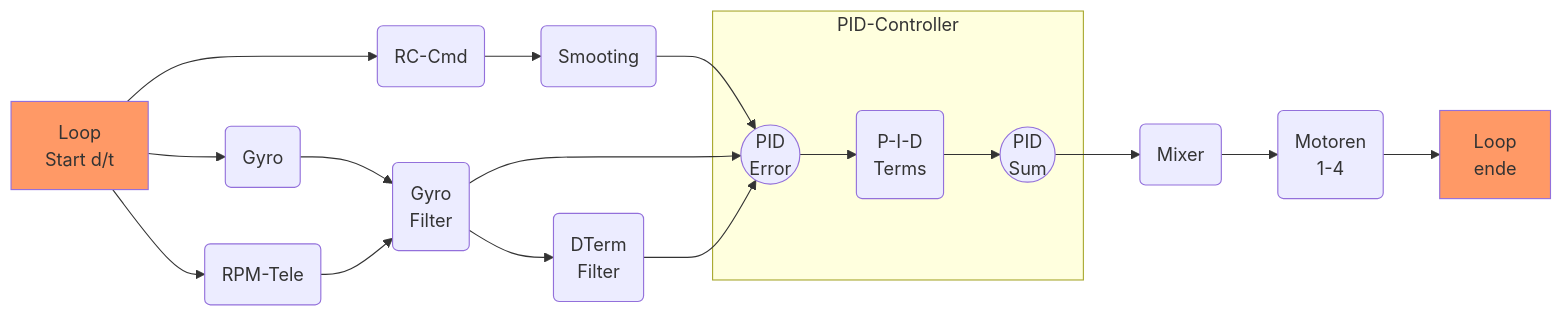
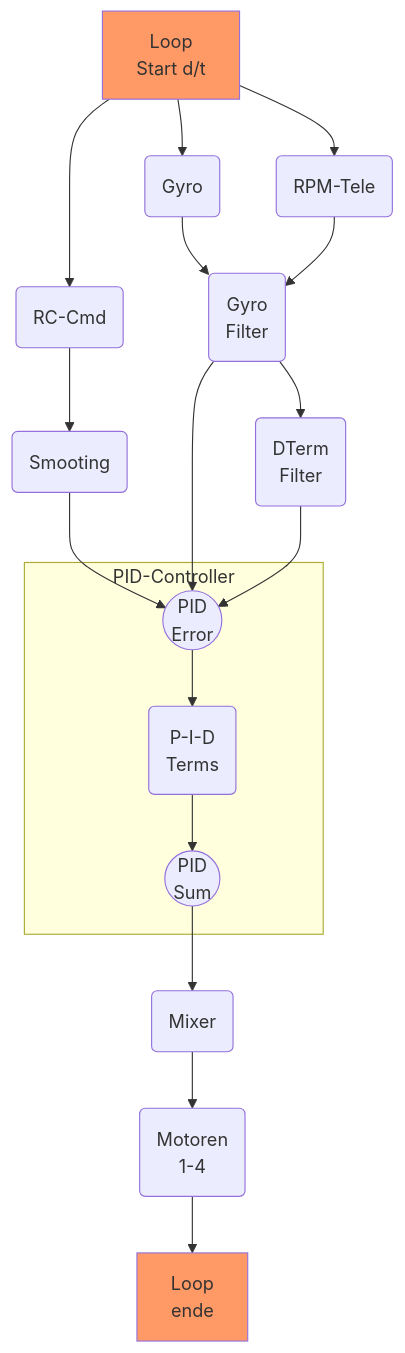
One commit to mrRobot62/lunax.betaflight.doc changed the diagram in docs/bf_pid_controller.md. Above: the diagram before and after it, drawn with Mermaid. The commit also changed other lines of this file and 18 other files, not shown here.

````diff
--- a/docs/bf_pid_controller.md
+++ b/docs/bf_pid_controller.md
@@ -67,34 +63,34 @@
 ```mermaid
-graph LR
+graph TD
 	classDef LP fill:#f96
 
 	
 	ls[Loop<br>Start d/t]:::LP
 	le[Loop<br>ende]:::LP
 	RC(RC-Cmd)
 	RPM(RPM-Tele)
 	GY(Gyro)
 	GF(Gyro<br>Filter)
 	DT(DTerm<br>Filter)
 	MIX(Mixer)
 	MOT(Motoren<br>1-4)	
 	SM(Smooting)
 	PERR((PID<br>Error))
 	PSUM((PID<br>Sum))
 	PID(P-I-D<br>Terms)
 
 	
 	ls--> RPM & RC & GY
 	RC --> SM --> PERR
 	GY --> GF --> DT
 	RPM --> GF
 	GF & DT --> PERR
 	
 	subgraph PIDCTRL [PID-Controller]
 		PERR --> PID --> PSUM 
 	end
 	PSUM --> MIX
 	MIX --> MOT
 	MOT --> le
 	
 ```
````
